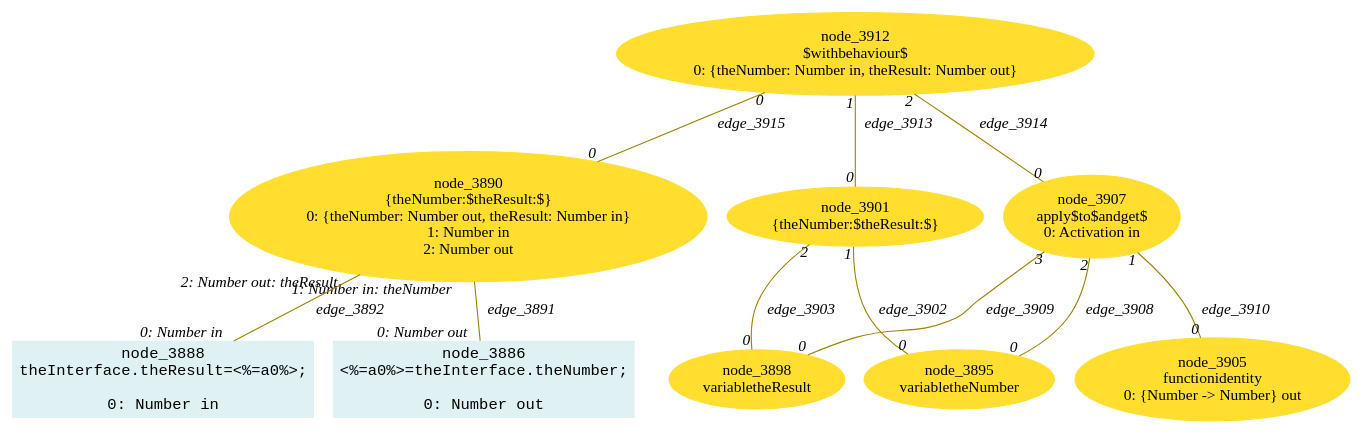
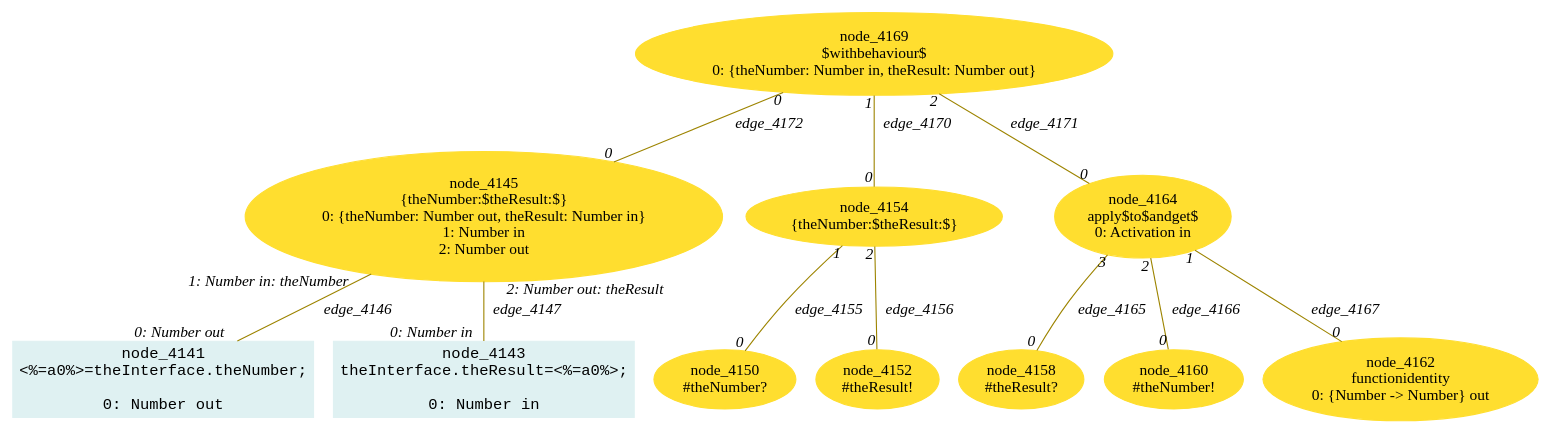
The diagram in lidl-core/example/ok/fakeAffectation/dot/13referentialTransparencyInstances1.dot (crubier/lidl), drawn with Graphviz before and after one commit. The commit also changed 2396 other files, not shown here.

Commit message:
ok but make flow does not work

```diff
--- a/lidl-core/example/ok/fakeAffectation/dot/13referentialTransparencyInstances1.dot
+++ b/lidl-core/example/ok/fakeAffectation/dot/13referentialTransparencyInstances1.dot
@@ -1,42 +1,48 @@
-digraph g{node_3886 [shape="box", style="filled", color="#dff1f2", fontname="Courier", label="node_3886
+digraph g{node_4141 [shape="box", style="filled", color="#dff1f2", fontname="Courier", label="node_4141
 <%=a0%>=theInterface.theNumber;
 
 0: Number out" ]
-node_3888 [shape="box", style="filled", color="#dff1f2", fontname="Courier", label="node_3888
+node_4143 [shape="box", style="filled", color="#dff1f2", fontname="Courier", label="node_4143
 theInterface.theResult=<%=a0%>;
 
 0: Number in" ]
-node_3890 [shape="ellipse", style="filled", color="#ffde2f", fontname="Times", label="node_3890
+node_4145 [shape="ellipse", style="filled", color="#ffde2f", fontname="Times", label="node_4145
 {theNumber:$theResult:$}
 0: {theNumber: Number out, theResult: Number in}
 1: Number in
 2: Number out" ]
-node_3895 [shape="ellipse", style="filled", color="#ffde2f", fontname="Times", label="node_3895
-variabletheNumber
+node_4150 [shape="ellipse", style="filled", color="#ffde2f", fontname="Times", label="node_4150
+#theNumber?
 " ]
-node_3898 [shape="ellipse", style="filled", color="#ffde2f", fontname="Times", label="node_3898
-variabletheResult
+node_4152 [shape="ellipse", style="filled", color="#ffde2f", fontname="Times", label="node_4152
+#theResult!
 " ]
-node_3901 [shape="ellipse", style="filled", color="#ffde2f", fontname="Times", label="node_3901
+node_4154 [shape="ellipse", style="filled", color="#ffde2f", fontname="Times", label="node_4154
 {theNumber:$theResult:$}
 " ]
-node_3905 [shape="ellipse", style="filled", color="#ffde2f", fontname="Times", label="node_3905
+node_4158 [shape="ellipse", style="filled", color="#ffde2f", fontname="Times", label="node_4158
+#theResult?
+" ]
+node_4160 [shape="ellipse", style="filled", color="#ffde2f", fontname="Times", label="node_4160
+#theNumber!
+" ]
+node_4162 [shape="ellipse", style="filled", color="#ffde2f", fontname="Times", label="node_4162
 functionidentity
 0: {Number -> Number} out" ]
-node_3907 [shape="ellipse", style="filled", color="#ffde2f", fontname="Times", label="node_3907
+node_4164 [shape="ellipse", style="filled", color="#ffde2f", fontname="Times", label="node_4164
 apply$to$andget$
 0: Activation in" ]
-node_3912 [shape="ellipse", style="filled", color="#ffde2f", fontname="Times", label="node_3912
+node_4169 [shape="ellipse", style="filled", color="#ffde2f", fontname="Times", label="node_4169
 $withbehaviour$
 0: {theNumber: Number in, theResult: Number out}" ]
-node_3890 -> node_3886 [dir=none, arrowHead=none, fontname="Times-Italic", arrowsize=1, color="#9d8400", label="edge_3891",  headlabel="0: Number out", taillabel="1: Number in: theNumber" ]
-node_3890 -> node_3888 [dir=none, arrowHead=none, fontname="Times-Italic", arrowsize=1, color="#9d8400", label="edge_3892",  headlabel="0: Number in", taillabel="2: Number out: theResult" ]
-node_3901 -> node_3895 [dir=none, arrowHead=none, fontname="Times-Italic", arrowsize=1, color="#9d8400", label="edge_3902",  headlabel="0", taillabel="1" ]
-node_3901 -> node_3898 [dir=none, arrowHead=none, fontname="Times-Italic", arrowsize=1, color="#9d8400", label="edge_3903",  headlabel="0", taillabel="2" ]
-node_3907 -> node_3895 [dir=none, arrowHead=none, fontname="Times-Italic", arrowsize=1, color="#9d8400", label="edge_3908",  headlabel="0", taillabel="2" ]
-node_3907 -> node_3898 [dir=none, arrowHead=none, fontname="Times-Italic", arrowsize=1, color="#9d8400", label="edge_3909",  headlabel="0", taillabel="3" ]
-node_3907 -> node_3905 [dir=none, arrowHead=none, fontname="Times-Italic", arrowsize=1, color="#9d8400", label="edge_3910",  headlabel="0", taillabel="1" ]
-node_3912 -> node_3901 [dir=none, arrowHead=none, fontname="Times-Italic", arrowsize=1, color="#9d8400", label="edge_3913",  headlabel="0", taillabel="1" ]
-node_3912 -> node_3907 [dir=none, arrowHead=none, fontname="Times-Italic", arrowsize=1, color="#9d8400", label="edge_3914",  headlabel="0", taillabel="2" ]
-node_3912 -> node_3890 [dir=none, arrowHead=none, fontname="Times-Italic", arrowsize=1, color="#9d8400", label="edge_3915",  headlabel="0", taillabel="0" ]
+node_4145 -> node_4141 [dir=none, arrowHead=none, fontname="Times-Italic", arrowsize=1, color="#9d8400", label="edge_4146",  headlabel="0: Number out", taillabel="1: Number in: theNumber" ]
+node_4145 -> node_4143 [dir=none, arrowHead=none, fontname="Times-Italic", arrowsize=1, color="#9d8400", label="edge_4147",  headlabel="0: Number in", taillabel="2: Number out: theResult" ]
+node_4154 -> node_4150 [dir=none, arrowHead=none, fontname="Times-Italic", arrowsize=1, color="#9d8400", label="edge_4155",  headlabel="0", taillabel="1" ]
+node_4154 -> node_4152 [dir=none, arrowHead=none, fontname="Times-Italic", arrowsize=1, color="#9d8400", label="edge_4156",  headlabel="0", taillabel="2" ]
+node_4164 -> node_4158 [dir=none, arrowHead=none, fontname="Times-Italic", arrowsize=1, color="#9d8400", label="edge_4165",  headlabel="0", taillabel="3" ]
+node_4164 -> node_4160 [dir=none, arrowHead=none, fontname="Times-Italic", arrowsize=1, color="#9d8400", label="edge_4166",  headlabel="0", taillabel="2" ]
+node_4164 -> node_4162 [dir=none, arrowHead=none, fontname="Times-Italic", arrowsize=1, color="#9d8400", label="edge_4167",  headlabel="0", taillabel="1" ]
+node_4169 -> node_4154 [dir=none, arrowHead=none, fontname="Times-Italic", arrowsize=1, color="#9d8400", label="edge_4170",  headlabel="0", taillabel="1" ]
+node_4169 -> node_4164 [dir=none, arrowHead=none, fontname="Times-Italic", arrowsize=1, color="#9d8400", label="edge_4171",  headlabel="0", taillabel="2" ]
+node_4169 -> node_4145 [dir=none, arrowHead=none, fontname="Times-Italic", arrowsize=1, color="#9d8400", label="edge_4172",  headlabel="0", taillabel="0" ]
 }
```
